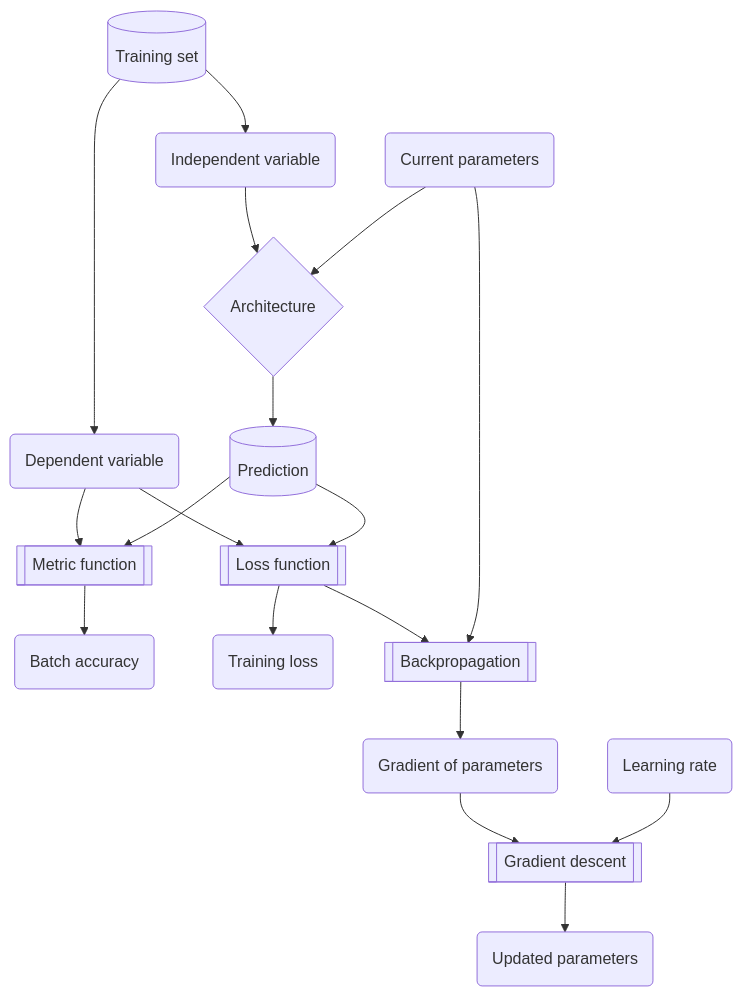
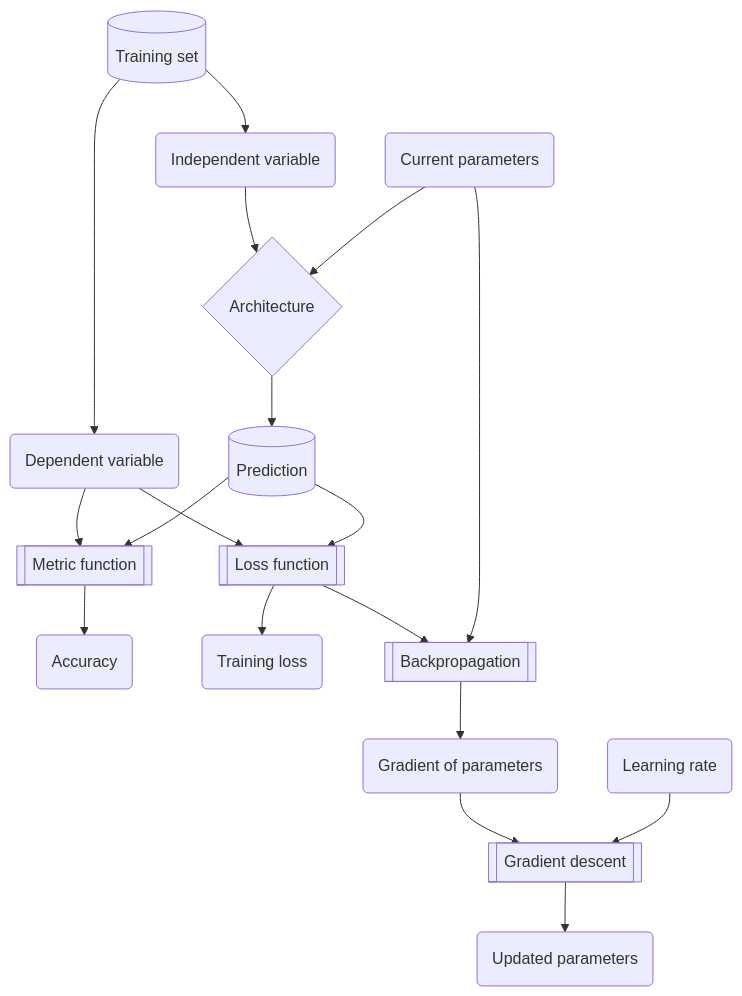
One commit to nghtctrl/nghtctrl.github.io changed the second of 3 diagrams in blog/posts/notes-on-deep-learning-for-coders/index.qmd. Above: the diagram before and after it, drawn with Mermaid. The commit also changed other lines of this file, not shown here.

````diff
--- a/blog/posts/notes-on-deep-learning-for-coders/index.qmd
+++ b/blog/posts/notes-on-deep-learning-for-coders/index.qmd
@@ -31,36 +31,36 @@
 ```{mermaid}
 flowchart TB
     train[(Training set)]
     indep(Independent variable)
     depen(Dependent variable)
     arch{Architecture}
     param(Current parameters)
     newpa(Updated parameters)
     pred[(Prediction)]
     lossfn[[Loss function]]
     metric[[Metric function]]
-    met(Batch accuracy)
+    met(Accuracy)
     loss(Training loss)
     gdfn[[Backpropagation]]
     lr(Learning rate)
     gd(Gradient of parameters)
     step[[Gradient descent]]
 
     train --> indep
     train --> depen
     indep --> arch
     depen --> lossfn
     depen --> metric
     param --> arch
     arch --> pred
     pred --> lossfn
     pred --> metric
     metric --> met
     lossfn --> loss
     lossfn --> gdfn
     param --> gdfn
     gdfn --> gd
     gd --> step
     lr --> step
     step --> newpa
 ```
````
